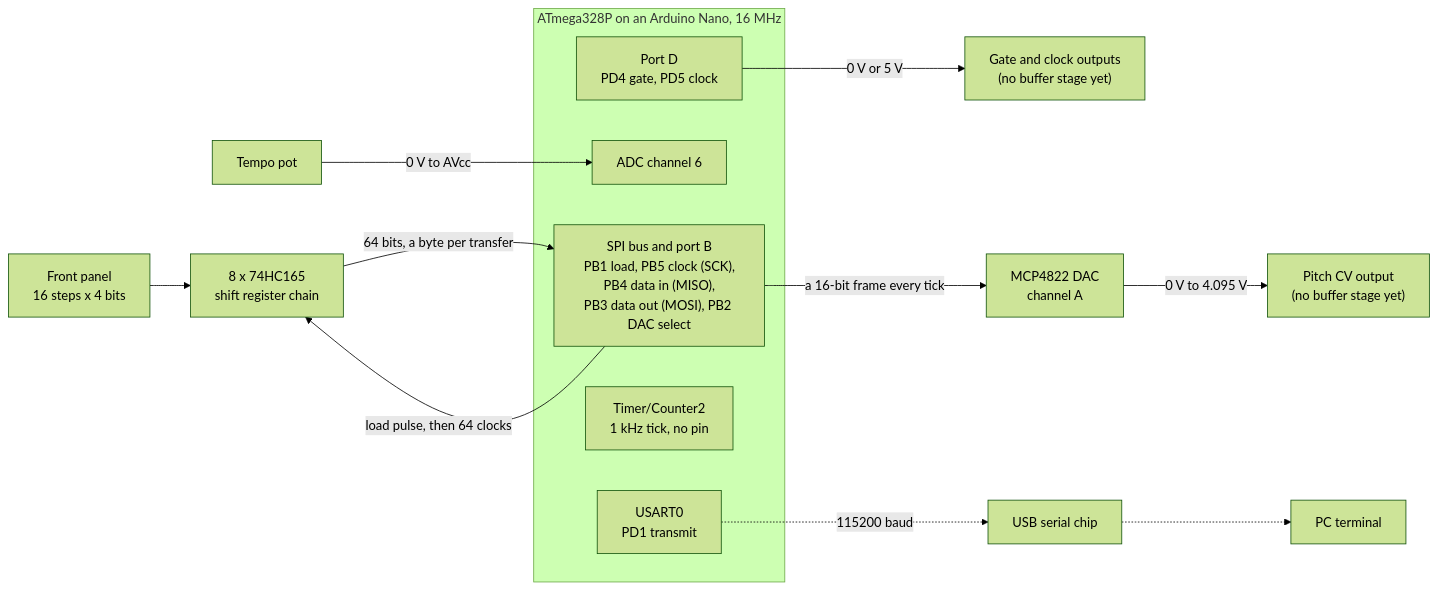
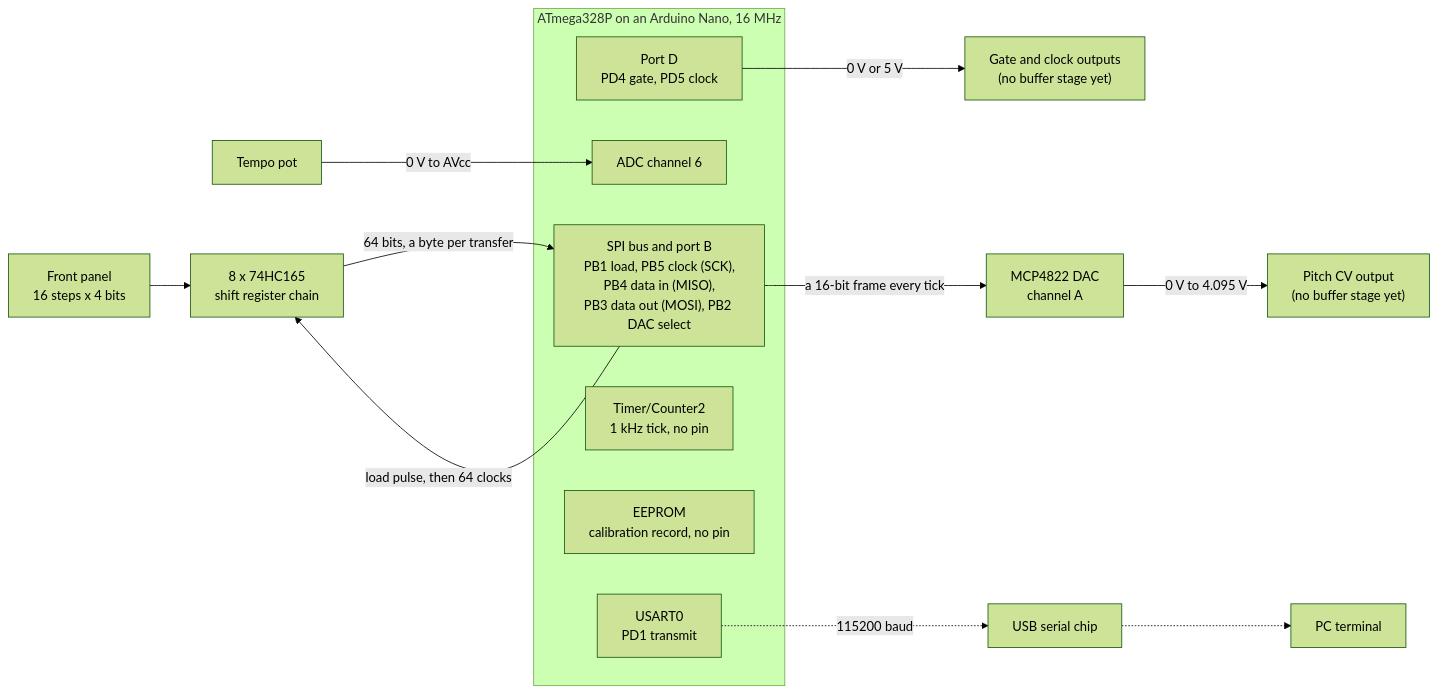
One commit to BonelessPig/nano_sequencer changed the first of 23 diagrams in docs/ARCHITECTURE.md. Above: the diagram before and after it, drawn with Mermaid (forest theme). The commit also changed other lines of this file and 39 other files, not shown here.

````diff
--- a/docs/ARCHITECTURE.md
+++ b/docs/ARCHITECTURE.md
@@ -28,20 +30,21 @@
 ```mermaid
 flowchart LR
     panel["Front panel<br/>16 steps x 4 bits"] --> chain["8 x 74HC165<br/>shift register chain"]
     pot["Tempo pot"]
     subgraph mcu["ATmega328P on an Arduino Nano, 16 MHz"]
         gpio["SPI bus and port B<br/>PB1 load, PB5 clock (SCK),<br/>PB4 data in (MISO),<br/>PB3 data out (MOSI), PB2 DAC select"]
         adc["ADC channel 6"]
         usart["USART0<br/>PD1 transmit"]
         timer["Timer/Counter2<br/>1 kHz tick, no pin"]
+        eeprom["EEPROM<br/>calibration record, no pin"]
         outs["Port D<br/>PD4 gate, PD5 clock"]
     end
     outs -->|"0 V or 5 V"| jacks["Gate and clock outputs<br/>(no buffer stage yet)"]
     gpio -->|"load pulse, then 64 clocks"| chain
     gpio -->|"a 16-bit frame every tick"| dac["MCP4822 DAC<br/>channel A"]
     dac -->|"0 V to 4.095 V"| cvjack["Pitch CV output<br/>(no buffer stage yet)"]
     chain -->|"64 bits, a byte per transfer"| gpio
     pot -->|"0 V to AVcc"| adc
     usart -.->|"115200 baud"| usb["USB serial chip"]
     usb -.-> pc["PC terminal"]
 ```
````
